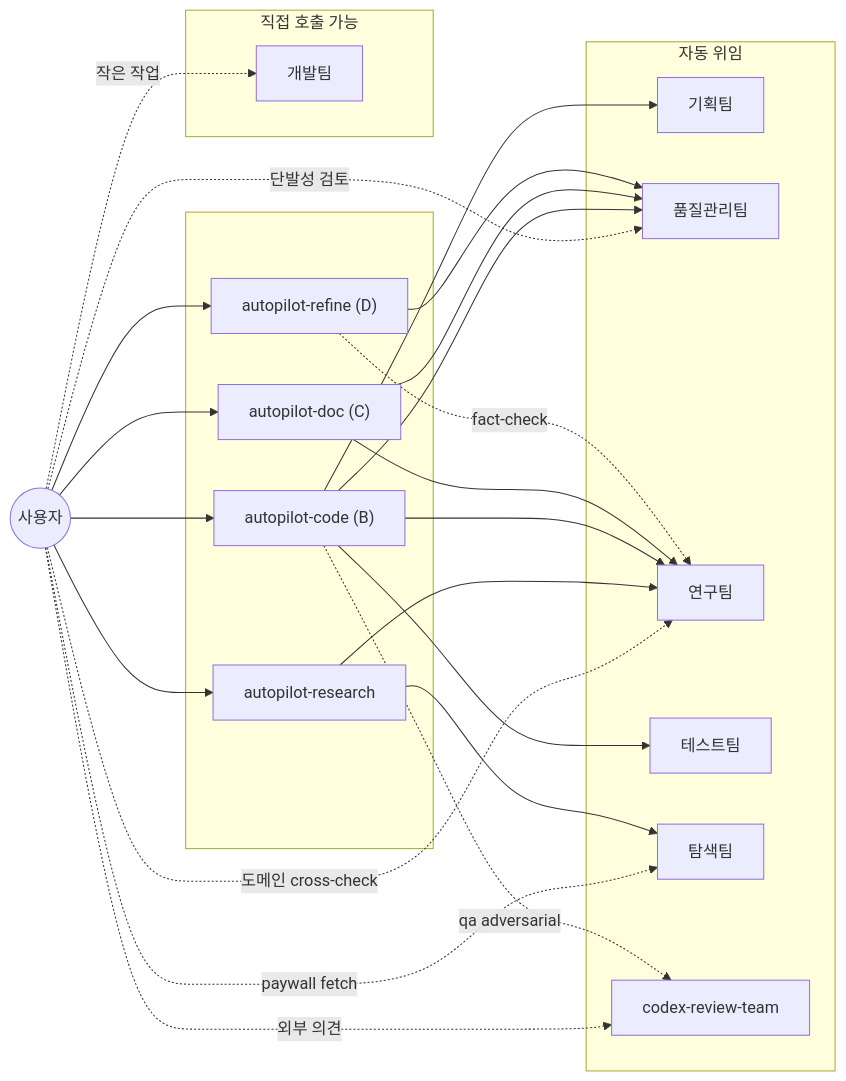
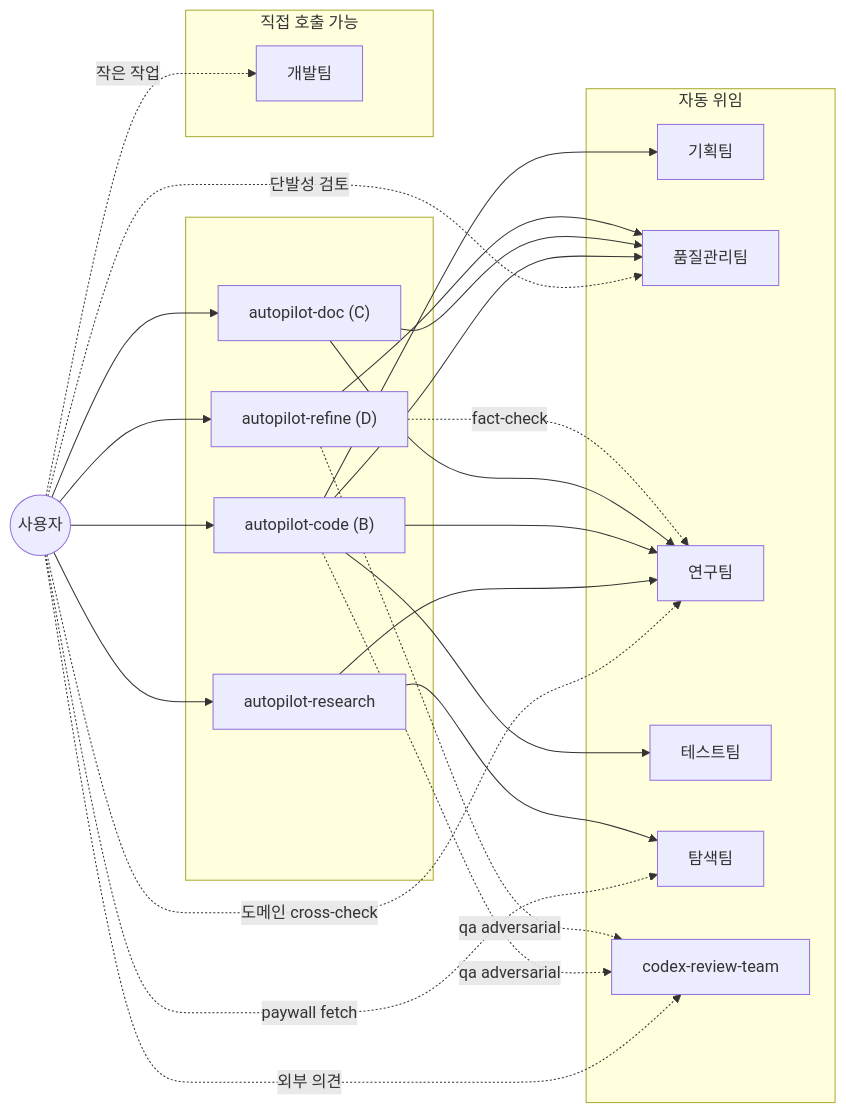
One commit to dmlguq456/agent_setting changed the third of 3 diagrams in README.md. Above: the diagram before and after it, drawn with Mermaid. The commit also changed other lines of this file and 2 other files, not shown here.

First line of the commit message:
skills(autopilot-refine): add --qa adversarial tier (Codex external review)

````diff
--- a/README.md
+++ b/README.md
@@ -200,41 +200,42 @@
 ```mermaid
 flowchart LR
     USER(("사용자"))
     subgraph SKILLS[" "]
         ARES["autopilot-research"]
         ACODE["autopilot-code (B)"]
         ADOC["autopilot-doc (C)"]
         AREF["autopilot-refine (D)"]
     end
     subgraph AUTO["자동 위임"]
         PT["기획팀"]
         QT["품질관리팀"]
         RT["연구팀"]
         TT["테스트팀"]
         BT["탐색팀"]
         CRT["codex-review-team"]
     end
     subgraph DIRECT["직접 호출 가능"]
         DT["개발팀"]
     end
     USER --> ARES
     USER --> ACODE
     USER --> ADOC
     USER --> AREF
     USER -. 작은 작업 .-> DT
     USER -. 단발성 검토 .-> QT
     USER -. 도메인 cross-check .-> RT
     USER -. 외부 의견 .-> CRT
     USER -. paywall fetch .-> BT
     ARES --> RT
     ARES --> BT
     ACODE --> PT
     ACODE --> QT
     ACODE --> RT
     ACODE --> TT
     ACODE -. qa adversarial .-> CRT
     ADOC --> RT
     ADOC --> QT
     AREF --> QT
     AREF -. fact-check .-> RT
+    AREF -. qa adversarial .-> CRT
 ```
````
